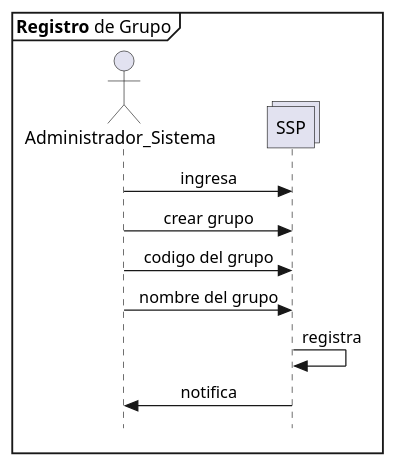
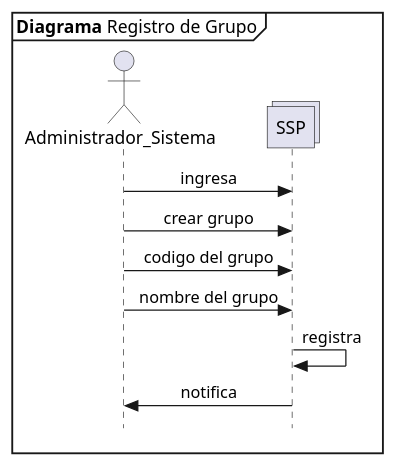
The diagram in propuesta SSP/11 registro de grupo.plantuml (n1m0d0/defdiag), drawn with PlantUML before and after one commit. The commit also changed 14 other files, not shown here.

Commit message:
cambio de nombres de diagramas

```diff
--- a/propuesta SSP/11 registro de grupo.plantuml
+++ b/propuesta SSP/11 registro de grupo.plantuml
@@ -1,17 +1,17 @@
 @startuml Registrar_Grupo
 skinparam Style strictuml
 skinparam SequenceMessageAlignment center
 
-mainframe **Registro** de Grupo
+mainframe **Diagrama** Registro de Grupo
 
 actor Administrador_Sistema as admin
 collections SSP 
 
 admin -> SSP : ingresa
 admin -> SSP : crear grupo
 admin -> SSP : codigo del grupo
 admin -> SSP : nombre del grupo
 SSP -> SSP : registra
 SSP -> admin : notifica 
 
 @enduml
```
